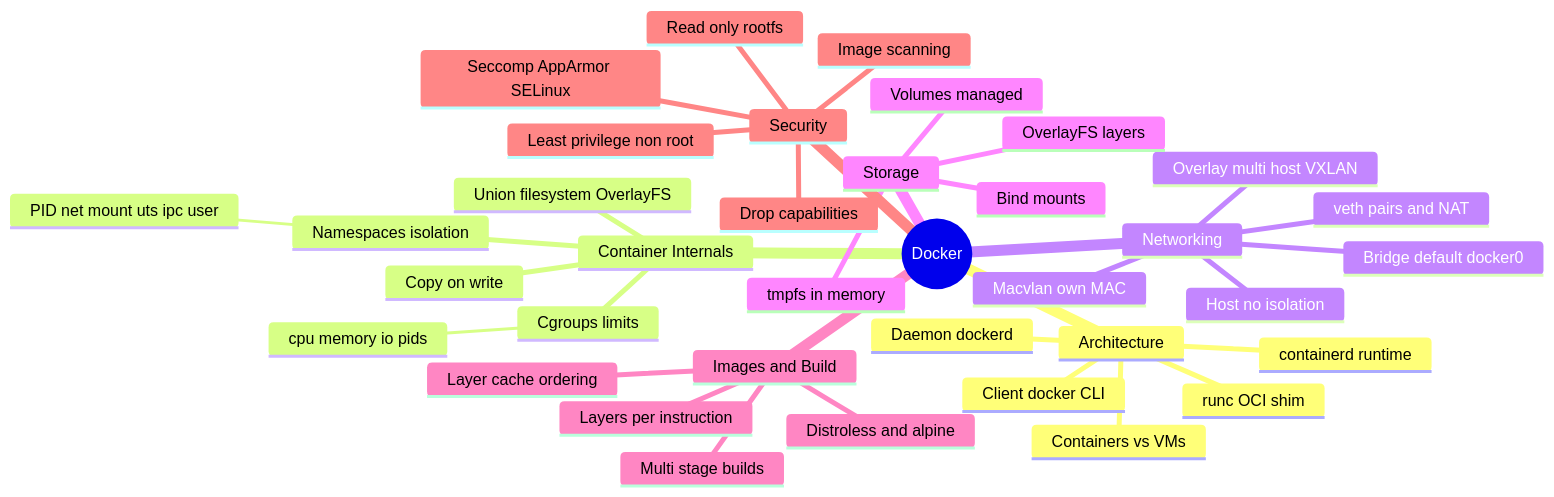
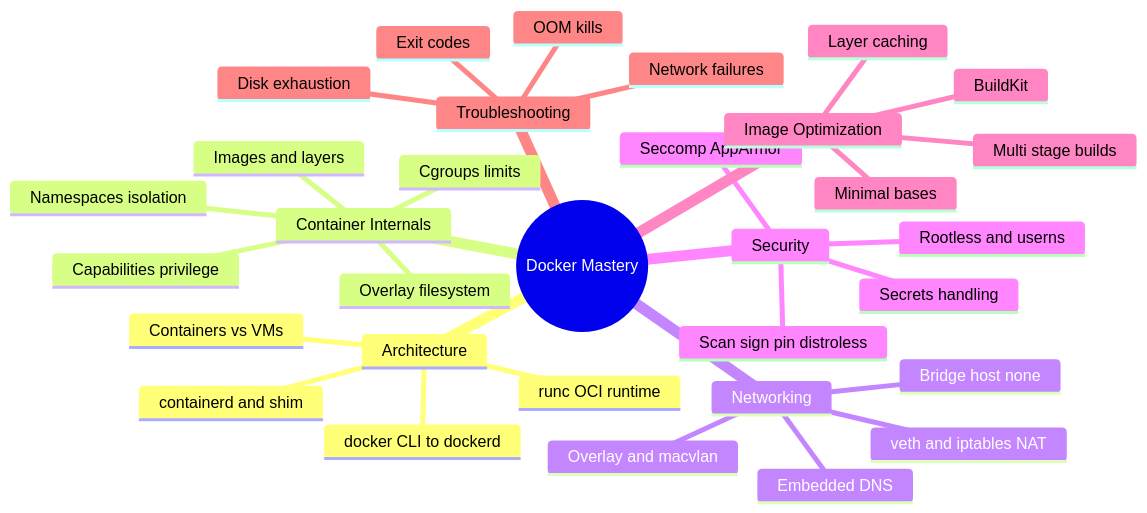
The diagram in docker/README.md (rakesh-budde/devops-guide), drawn with Mermaid before and after one commit. The commit also changed other lines of this file and 127 other files, not shown here.

````diff
--- a/docker/README.md
+++ b/docker/README.md
@@ -25,39 +13,35 @@
 ```mermaid
 mindmap
-  root((Docker))
+  root((Docker Mastery))
     Architecture
-      Client docker CLI
-      Daemon dockerd
-      containerd runtime
-      runc OCI shim
+      docker CLI to dockerd
+      containerd and shim
+      runc OCI runtime
       Containers vs VMs
     Container Internals
       Namespaces isolation
-        PID net mount uts ipc user
       Cgroups limits
-        cpu memory io pids
-      Union filesystem OverlayFS
-      Copy on write
+      Capabilities privilege
+      Overlay filesystem
+      Images and layers
     Networking
-      Bridge default docker0
-      Host no isolation
-      Overlay multi host VXLAN
-      Macvlan own MAC
-      veth pairs and NAT
-    Storage
-      Volumes managed
-      Bind mounts
-      tmpfs in memory
-      OverlayFS layers
-    Images and Build
-      Layers per instruction
-      Layer cache ordering
+      Bridge host none
+      Overlay and macvlan
+      veth and iptables NAT
+      Embedded DNS
+    Security
+      Rootless and userns
+      Seccomp AppArmor
+      Scan sign pin distroless
+      Secrets handling
+    Image Optimization
       Multi stage builds
-      Distroless and alpine
-    Security
-      Least privilege non root
-      Drop capabilities
-      Read only rootfs
-      Seccomp AppArmor SELinux
-      Image scanning
+      Layer caching
+      Minimal bases
+      BuildKit
+    Troubleshooting
+      Exit codes
+      OOM kills
+      Network failures
+      Disk exhaustion
 ```
````
